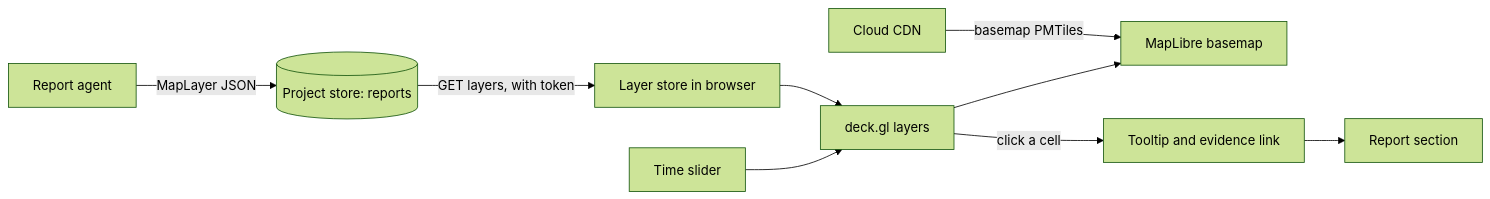
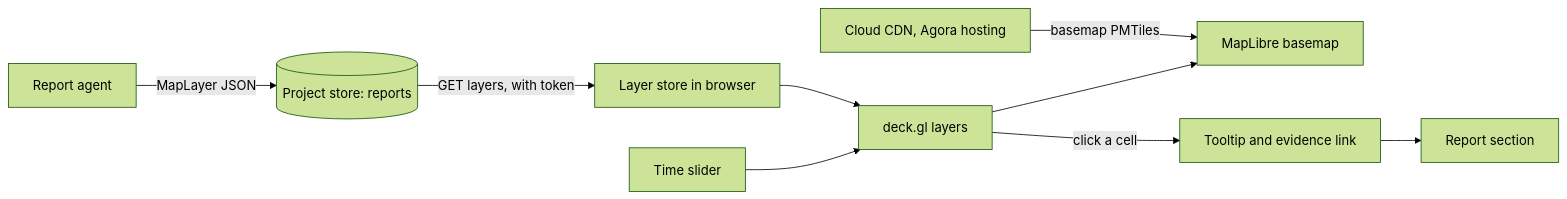
One commit to N0TSU5/4space-sysdiagram changed the first of 2 diagrams in content/platform/agora/map.md. Above: the diagram before and after it, drawn with Mermaid (forest theme). The commit also changed other lines of this file and 6 other files, not shown here.

Commit message:
Add hosting and edge service documentation, and create basemap and tile origin specifications

````diff
--- a/content/platform/agora/map.md
+++ b/content/platform/agora/map.md
@@ -11,11 +11,11 @@
 ```mermaid
 flowchart LR
-  CDN["Cloud CDN"] -->|"basemap PMTiles"| ML["MapLibre basemap"]
+  CDN["Cloud CDN, Agora hosting"] -->|"basemap PMTiles"| ML["MapLibre basemap"]
   RA["Report agent"] -->|"MapLayer JSON"| ST[("Project store: reports")]
   ST -->|"GET layers, with token"| LS["Layer store in browser"]
   LS --> DK["deck.gl layers"]
   TS["Time slider"] --> DK
   DK --> ML
   DK -->|"click a cell"| TT["Tooltip and evidence link"]
   TT --> RV["Report section"]
 ```
````
